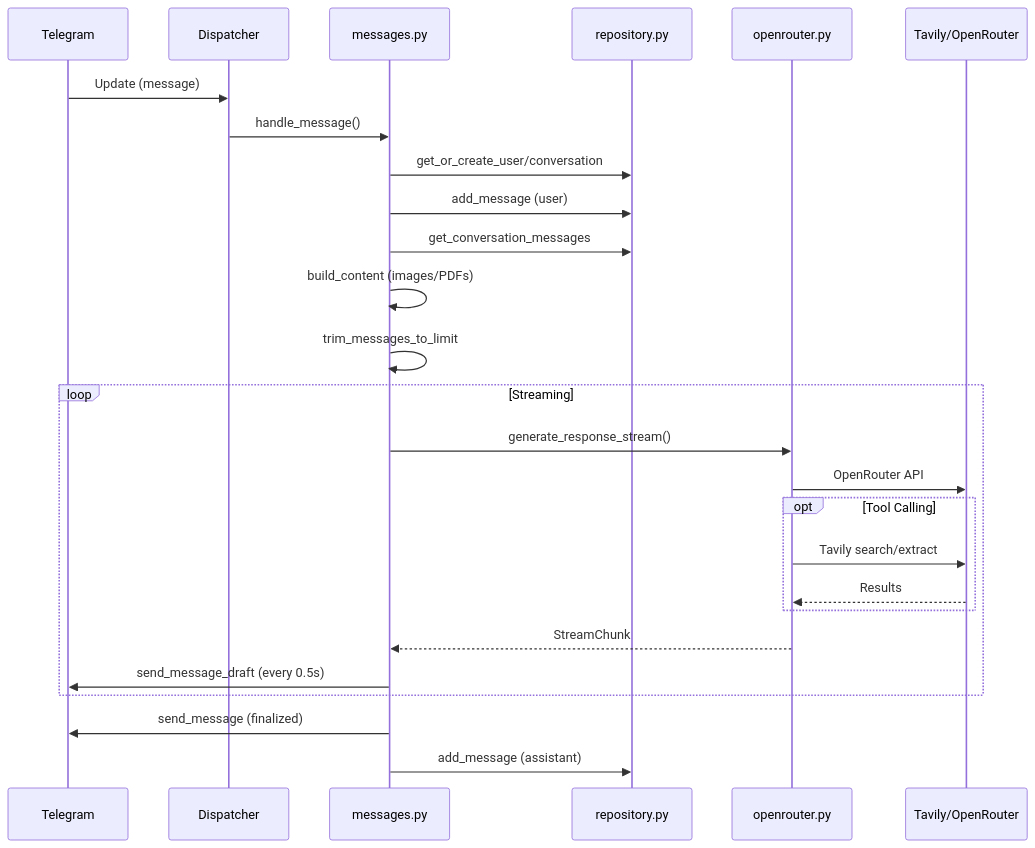
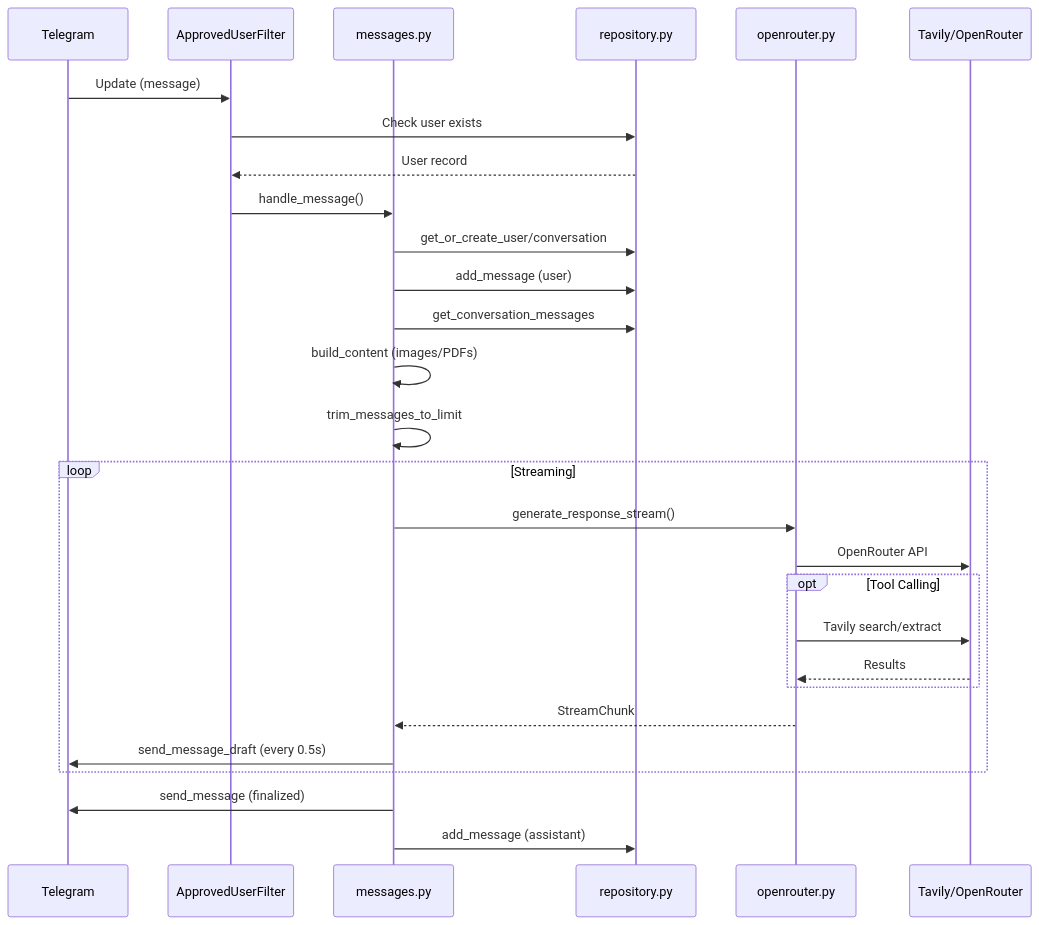
One commit to karilaa-dev/ai-tg-bot changed the third of 5 diagrams in docs/CODEBASE_MAP.md. Above: the diagram before and after it, drawn with Mermaid. The commit also changed other lines of this file and 1 other file, not shown here.

````diff
--- a/docs/CODEBASE_MAP.md
+++ b/docs/CODEBASE_MAP.md
@@ -282,33 +443,35 @@
 ```mermaid
 sequenceDiagram
     participant TG as Telegram
-    participant DP as Dispatcher
+    participant Filter as ApprovedUserFilter
     participant Msg as messages.py
     participant DB as repository.py
     participant AI as openrouter.py
     participant Ext as Tavily/OpenRouter
 
-    TG->>DP: Update (message)
-    DP->>Msg: handle_message()
+    TG->>Filter: Update (message)
+    Filter->>DB: Check user exists
+    DB-->>Filter: User record
+    Filter->>Msg: handle_message()
     Msg->>DB: get_or_create_user/conversation
     Msg->>DB: add_message (user)
     Msg->>DB: get_conversation_messages
     Msg->>Msg: build_content (images/PDFs)
     Msg->>Msg: trim_messages_to_limit
 
     loop Streaming
         Msg->>AI: generate_response_stream()
         AI->>Ext: OpenRouter API
 
         opt Tool Calling
             AI->>Ext: Tavily search/extract
             Ext-->>AI: Results
         end
 
         AI-->>Msg: StreamChunk
         Msg->>TG: send_message_draft (every 0.5s)
     end
 
     Msg->>TG: send_message (finalized)
     Msg->>DB: add_message (assistant)
 ```
````
